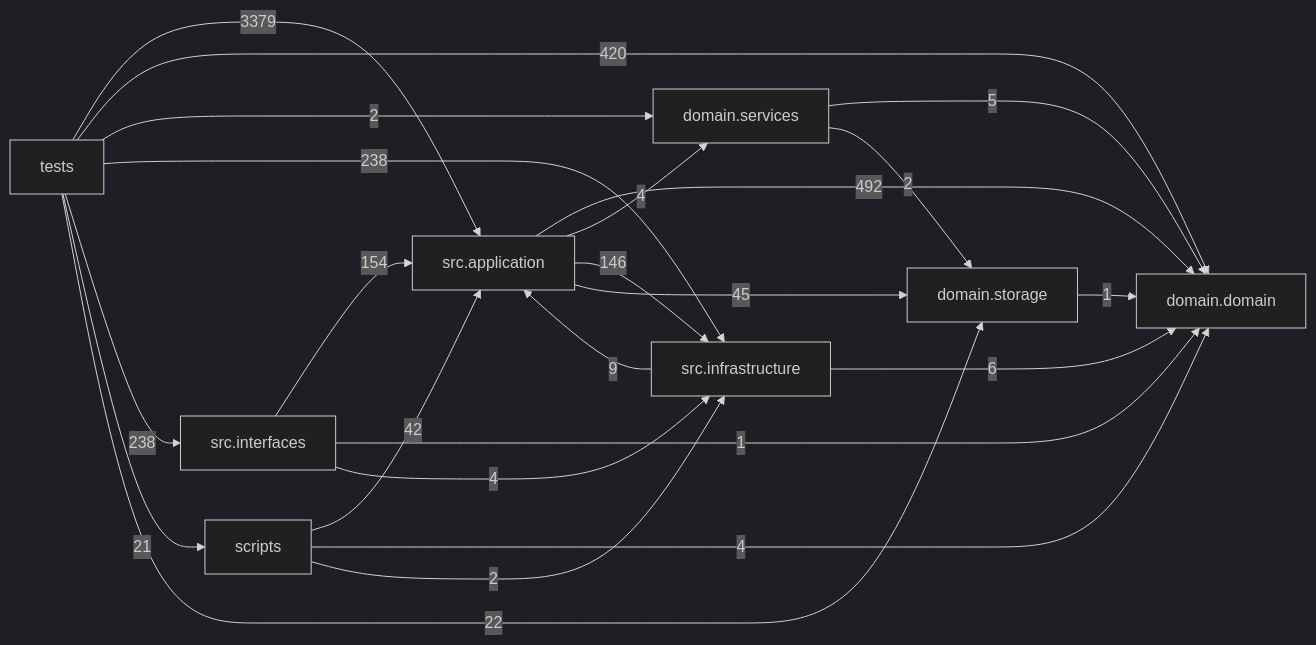
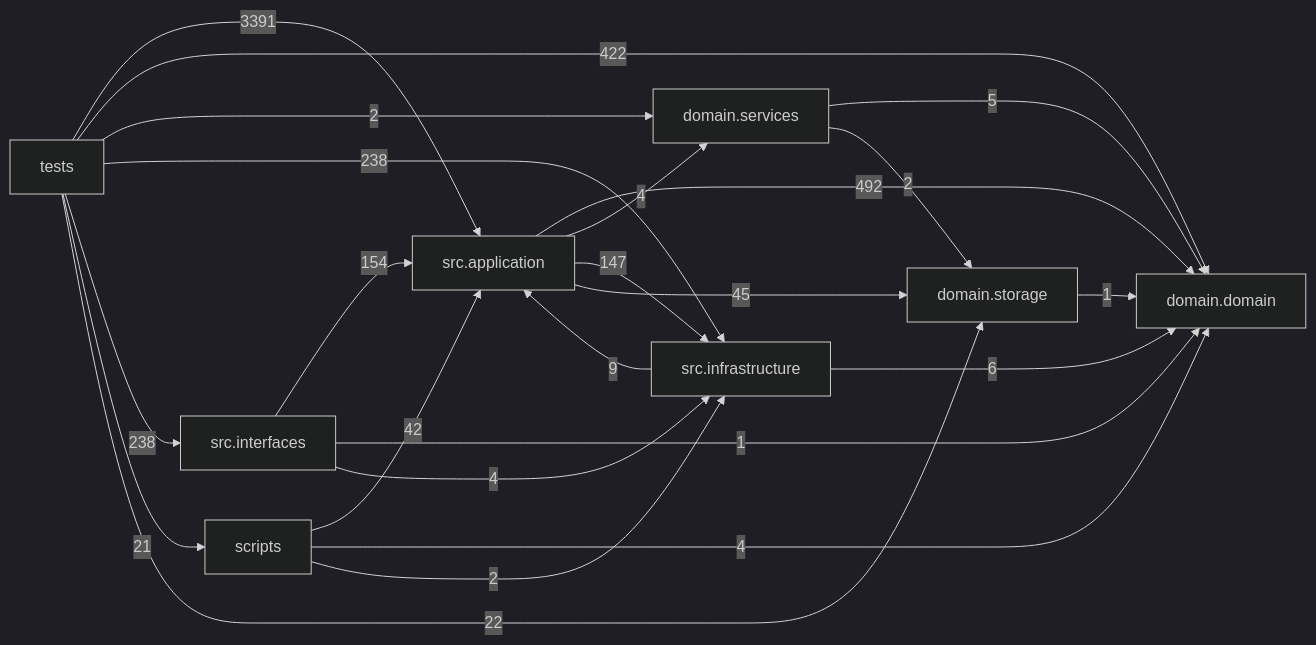
One commit to liuxie066/options-monitor changed the diagram in docs/DEPENDENCY_GRAPH.md. Above: the diagram before and after it, drawn with Mermaid (dark theme). The commit also changed other lines of this file and 18 other files, not shown here.

````diff
--- a/docs/DEPENDENCY_GRAPH.md
+++ b/docs/DEPENDENCY_GRAPH.md
@@ -24,33 +24,33 @@
 ```mermaid
 flowchart LR
   tests["tests"]
   scripts["scripts"]
   interfaces["src.interfaces"]
   application["src.application"]
   infrastructure["src.infrastructure"]
   domain_services["domain.services"]
   domain["domain.domain"]
   storage["domain.storage"]
   application -->|492| domain
   application -->|4| domain_services
-  application -->|146| infrastructure
+  application -->|147| infrastructure
   application -->|45| storage
   domain_services -->|5| domain
   domain_services -->|2| storage
   infrastructure -->|9| application
   infrastructure -->|6| domain
   interfaces -->|154| application
   interfaces -->|1| domain
   interfaces -->|4| infrastructure
   scripts -->|42| application
   scripts -->|4| domain
   scripts -->|2| infrastructure
   storage -->|1| domain
-  tests -->|3379| application
-  tests -->|420| domain
+  tests -->|3391| application
+  tests -->|422| domain
   tests -->|2| domain_services
   tests -->|238| infrastructure
   tests -->|238| interfaces
   tests -->|21| scripts
   tests -->|22| storage
 ```
````
